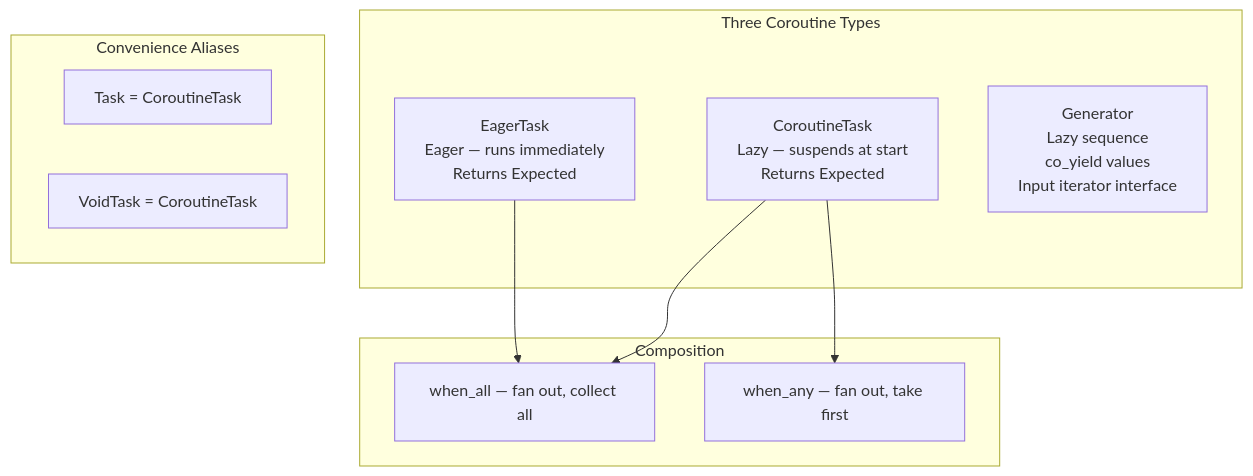
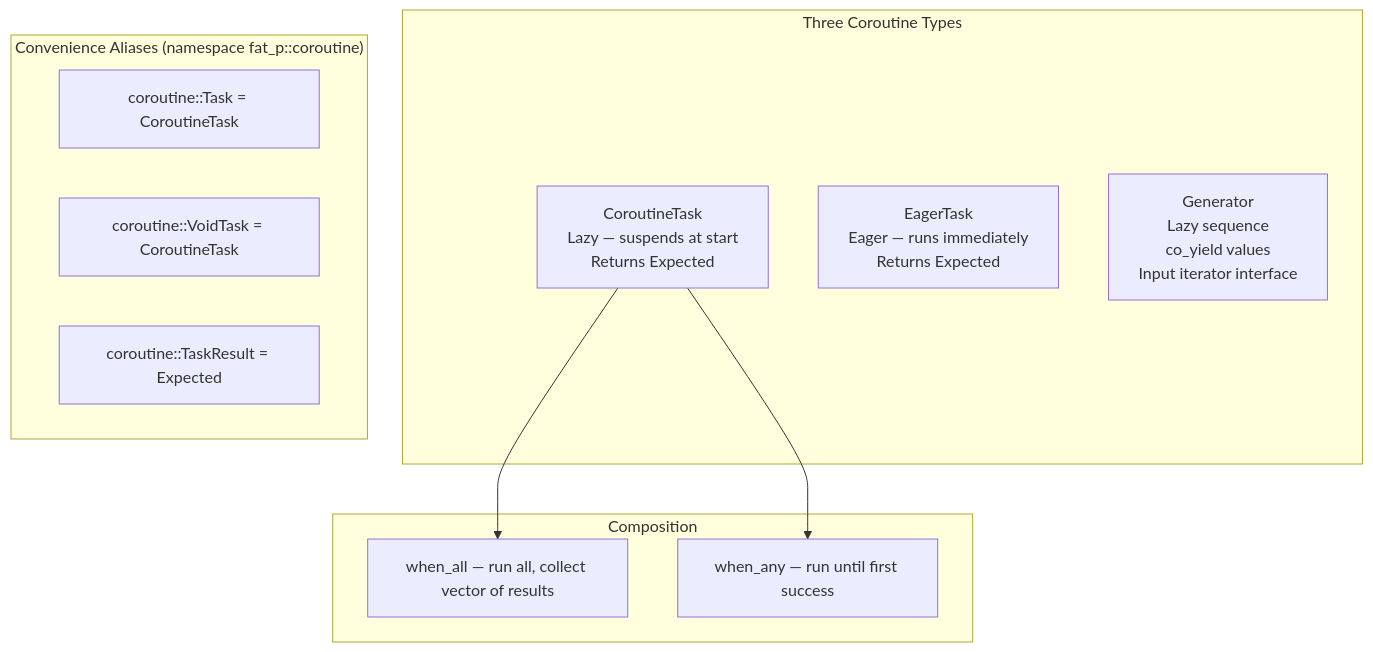
One commit to schroedermatthew/FatP changed the diagram in components/CoroutineTask/docs/Overview - CoroutineTask.md. Above: the diagram before and after it, drawn with Mermaid. The commit also changed other lines of this file and 103 other files, not shown here.

````diff
--- a/components/CoroutineTask/docs/Overview - CoroutineTask.md
+++ b/components/CoroutineTask/docs/Overview - CoroutineTask.md
@@ -46,22 +46,22 @@
 ```mermaid
 flowchart TB
     subgraph Types["Three Coroutine Types"]
         CT["CoroutineTask<T, E><br/>Lazy — suspends at start<br/>Returns Expected<T, E>"]
         ET["EagerTask<T, E><br/>Eager — runs immediately<br/>Returns Expected<T, E>"]
         GN["Generator<T><br/>Lazy sequence<br/>co_yield values<br/>Input iterator interface"]
     end
 
     subgraph Composition["Composition"]
-        WA["when_all — fan out, collect all"]
-        WN["when_any — fan out, take first"]
+        WA["when_all — run all, collect vector of results"]
+        WN["when_any — run until first success"]
     end
 
-    subgraph Aliases["Convenience Aliases"]
-        T1["Task<T> = CoroutineTask<T, std::string>"]
-        T2["VoidTask = CoroutineTask<monostate, std::string>"]
+    subgraph Aliases["Convenience Aliases (namespace fat_p::coroutine)"]
+        T1["coroutine::Task<T> = CoroutineTask<T, std::string>"]
+        T2["coroutine::VoidTask = CoroutineTask<monostate, std::string>"]
+        T3["coroutine::TaskResult<T> = Expected<T, std::string>"]
     end
 
     CT --> WA
     CT --> WN
-    ET --> WA
 ```
````
